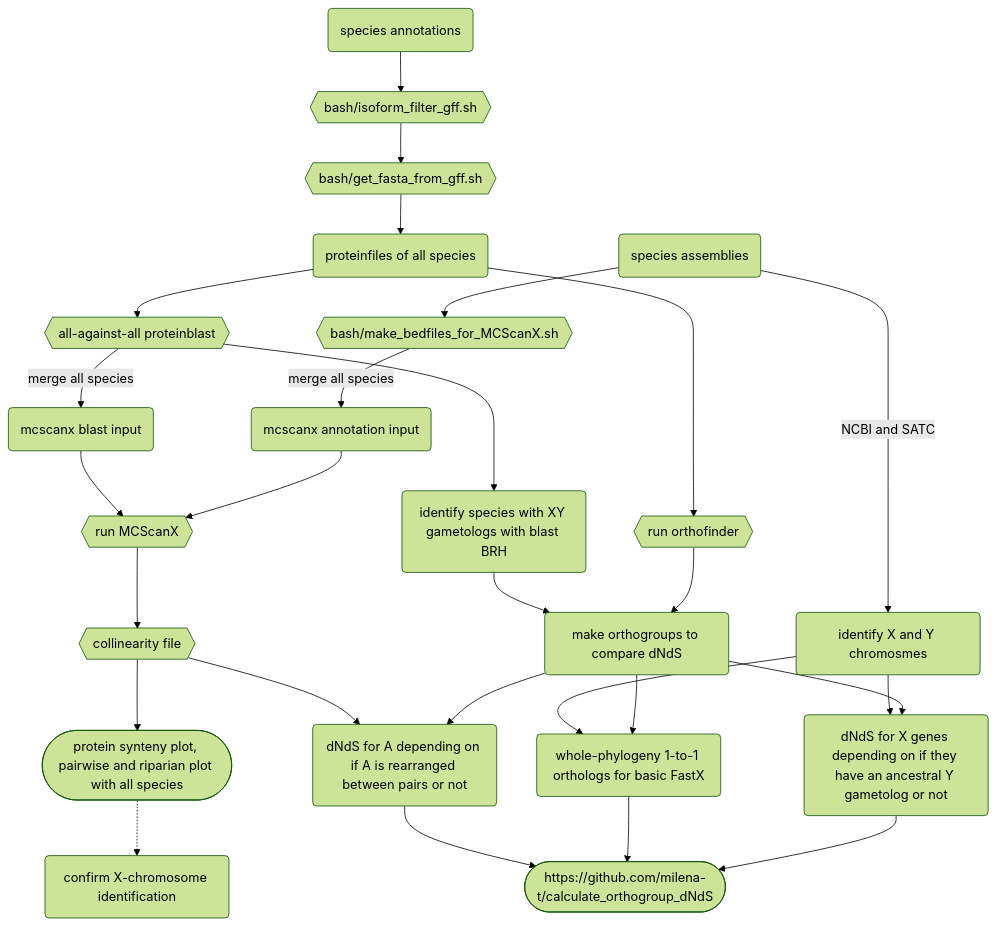
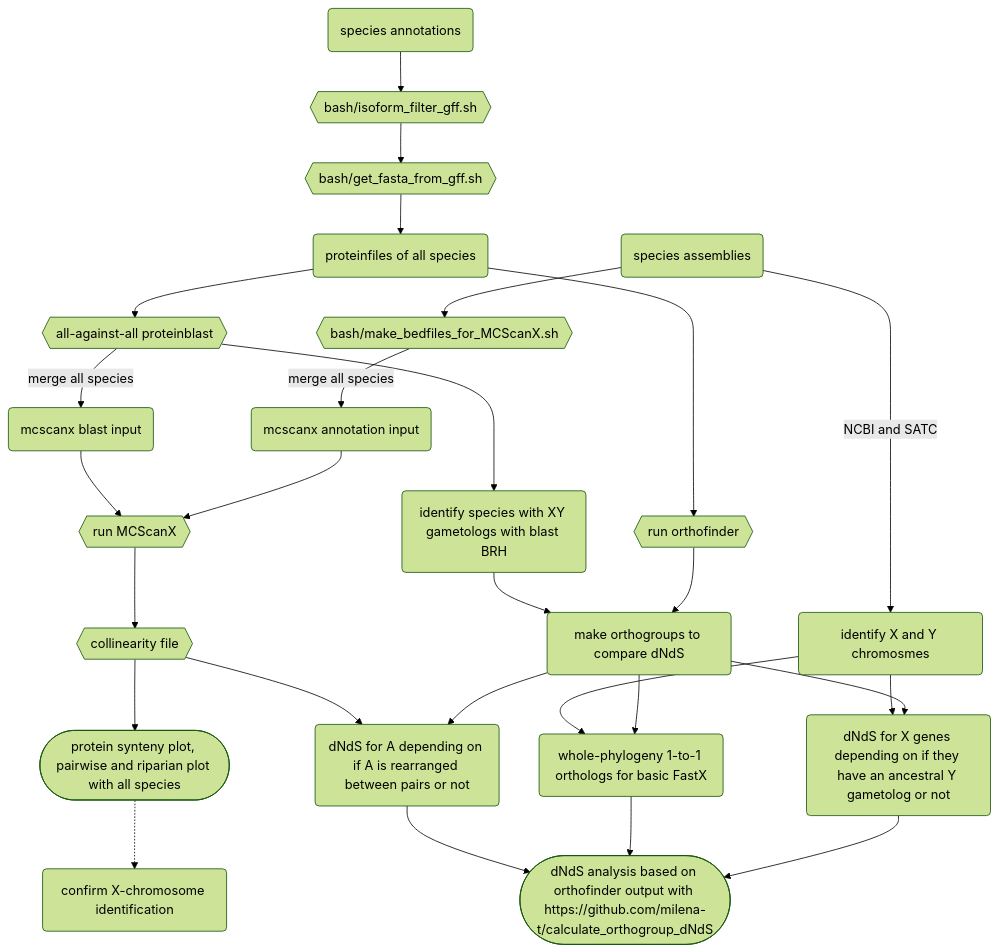
Before and after one commit to milena-t/PhD_chapter3: the diagram in README.md, drawn with Mermaid (forest theme).

Commit message:
moremermaid

````diff
--- a/README.md
+++ b/README.md
@@ -55,44 +55,44 @@
 ```mermaid
 graph TD;
     species_Ass(species assemblies);
     species_Ass --> simplified_bed{{bash/make_bedfiles_for_MCScanX.sh}};
     simplified_bed -- merge all species --> mcscanx_bed(mcscanx annotation input);
     
     species_Ann(species annotations);
     species_Ann --> is_filter{{bash/isoform_filter_gff.sh}};
     is_filter --> get_prot{{bash/get_fasta_from_gff.sh}};
     get_prot --> protfiles(proteinfiles of all species);
     protfiles --> blast{{all-against-all proteinblast}};
     blast -- merge all species --> mcscanx_blast(mcscanx blast input);
 
     mcscanx_bed --> run_mcscanx{{run MCScanX}};
     mcscanx_blast --> run_mcscanx
     run_mcscanx --> mcscanx_out{{collinearity file}}
     mcscanx_out --> mcscanx_plot([protein synteny plot, pairwise and riparian plot with all species])
     mcscanx_plot .-> conf_X(confirm X-chromosome identification)
 
     species_Ass -- NCBI and SATC --> XY_chr(identify X and Y chromosmes);
     protfiles --> orthofinder{{run orthofinder}};
     
     blast --> XY_paralogs(identify species with XY gametologs with blast BRH);
     dNdS_groups(make orthogroups to compare dNdS);
     orthofinder --> dNdS_groups;
     XY_paralogs --> dNdS_groups;
 
     rearrangeA(dNdS for A depending on if A is rearranged between pairs or not)
     basicFastX(whole-phylogeny 1-to-1 orthologs for basic FastX);
     gametologs(dNdS for X genes depending on if they have an ancestral Y gametolog or not);
 
     dNdS_groups --> gametologs;
     dNdS_groups --> basicFastX;
     dNdS_groups --> rearrangeA;
     XY_chr --> gametologs
     XY_chr --> basicFastX
     mcscanx_out --> rearrangeA
 
-    OG_dNdS([https://github.com/milena-t/calculate_orthogroup_dNdS])
+    OG_dNdS([dNdS analysis based on orthofinder output with https://github.com/milena-t/calculate_orthogroup_dNdS])
     gametologs --> OG_dNdS
     basicFastX --> OG_dNdS
     rearrangeA --> OG_dNdS
 
 ```   
````
